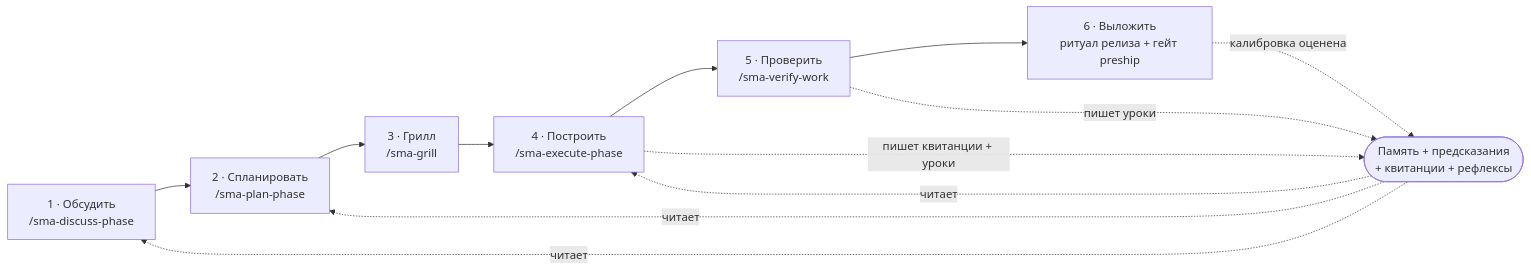
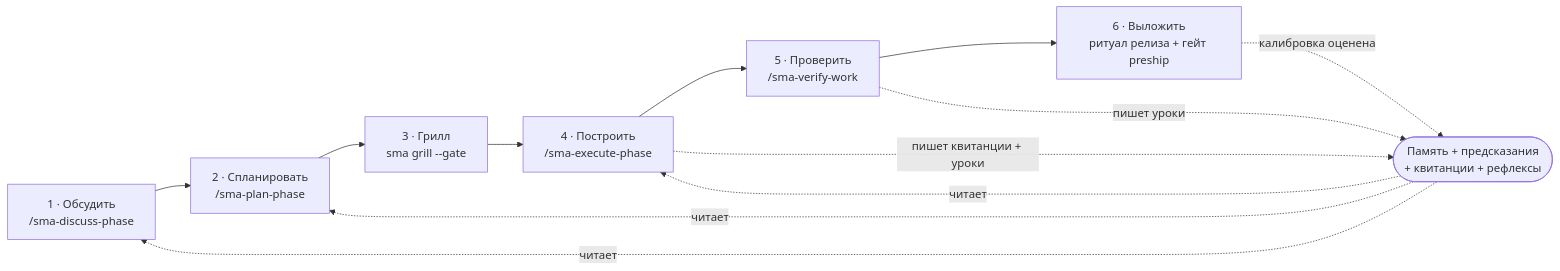
Before and after one commit to sma-framework/sma: diagram 21 of 24 in docs/DETAILS.ru.md, drawn with Mermaid. The commit also changed other lines of this file and 1 other file, not shown here.

````diff
--- a/docs/DETAILS.ru.md
+++ b/docs/DETAILS.ru.md
@@ -687,14 +687,14 @@
 ```mermaid
 flowchart LR
     D["1 · Обсудить<br>/sma-discuss-phase"] --> P["2 · Спланировать<br>/sma-plan-phase"]
-    P --> G["3 · Грилл<br>/sma-grill"]
+    P --> G["3 · Грилл<br>sma grill --gate"]
     G --> B["4 · Построить<br>/sma-execute-phase"]
     B --> V["5 · Проверить<br>/sma-verify-work"]
     V --> S["6 · Выложить<br>ритуал релиза + гейт preship"]
     M(["Память + предсказания<br>+ квитанции + рефлексы"]) -.->|читает| D
     M -.->|читает| P
     M -.->|читает| B
     B -.->|пишет квитанции + уроки| M
     V -.->|пишет уроки| M
     S -.->|калибровка оценена| M
 ```
````
